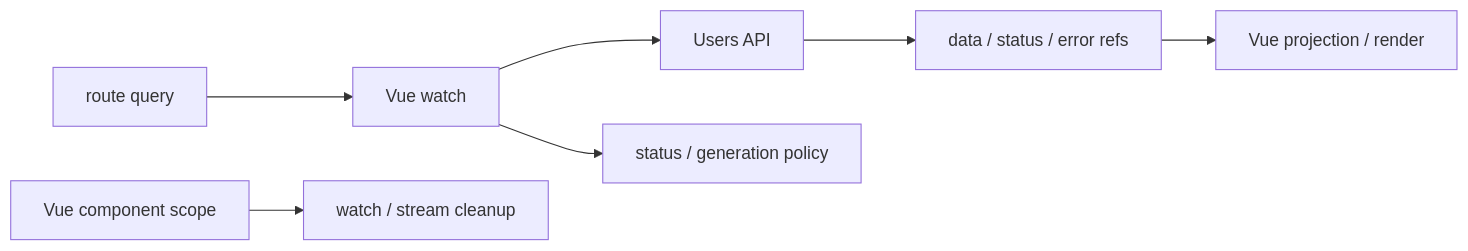
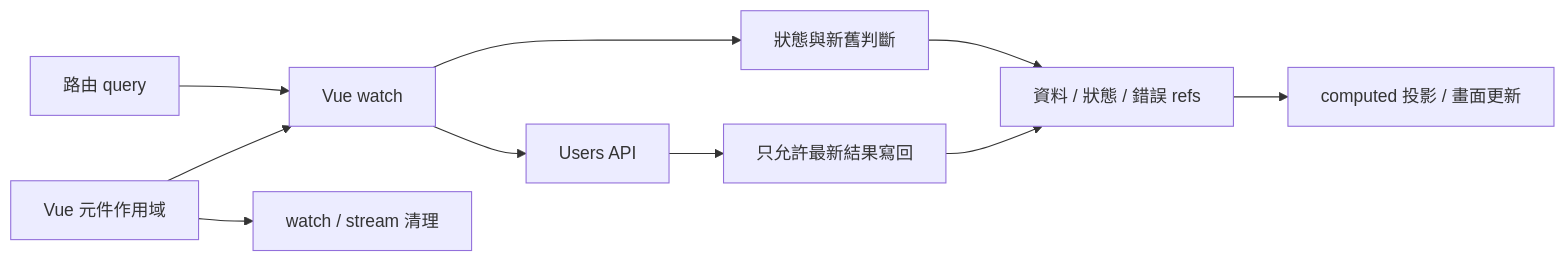
One commit to Luciano0322/v-tw-talk-2026 changed the second of 5 diagrams in docs/vue-async-ownership-talk-proposal.md. Above: the diagram before and after it, drawn with Mermaid. The commit also changed other lines of this file and 3 other files, not shown here.

````diff
--- a/docs/vue-async-ownership-talk-proposal.md
+++ b/docs/vue-async-ownership-talk-proposal.md
@@ -569,9 +638,12 @@
 ```mermaid
 flowchart LR
-  Route[route query] --> Watch[Vue watch]
+  Route[路由 query] --> Watch[Vue watch]
+  VueScope[Vue 元件作用域] --> Watch
+  VueScope --> Cleanup[watch / stream 清理]
   Watch --> Request[Users API]
-  Watch --> Policy[status / generation policy]
-  Request --> Refs[data / status / error refs]
-  Refs --> UI[Vue projection / render]
-  VueScope[Vue component scope] --> Cleanup[watch / stream cleanup]
+  Watch --> Policy[狀態與新舊判斷]
+  Request --> Guard[只允許最新結果寫回]
+  Policy --> Refs[資料 / 狀態 / 錯誤 refs]
+  Guard --> Refs
+  Refs --> UI[computed 投影 / 畫面更新]
 ```
````
